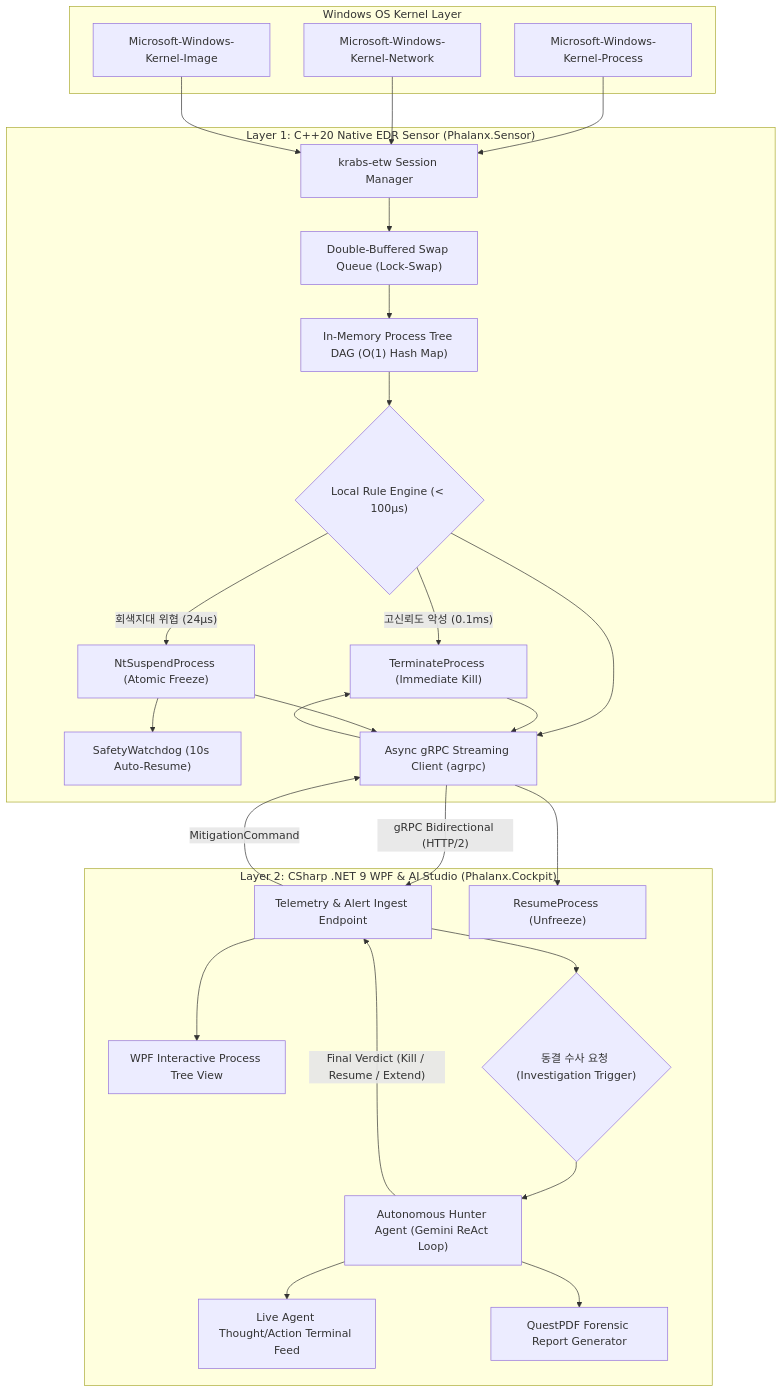
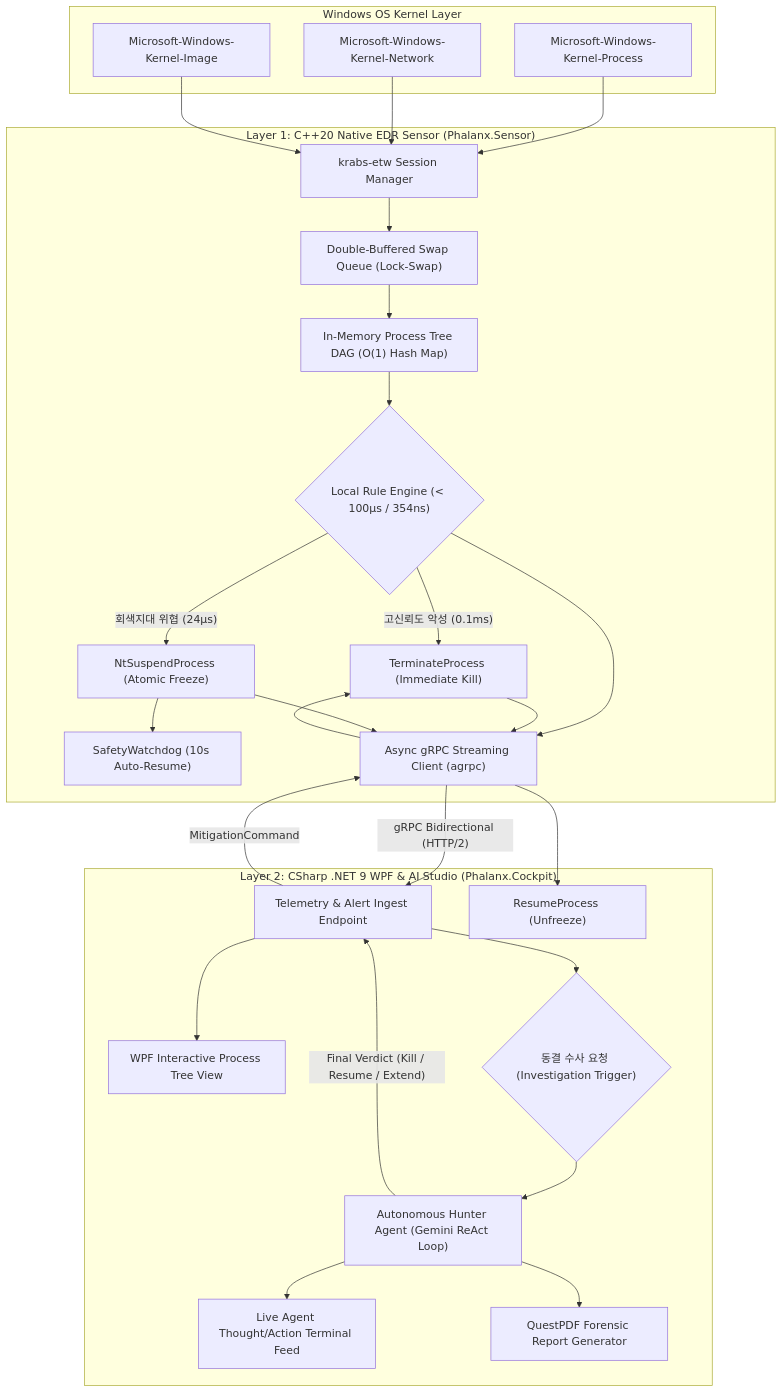
One commit to jin20203458/Obsidian.Agent changed the first of 3 diagrams in Phalanx/docs/01_system_architecture.md. Above: the diagram before and after it, drawn with Mermaid. The commit also changed other lines of this file and 3 other files, not shown here.

````diff
--- a/Phalanx/docs/01_system_architecture.md
+++ b/Phalanx/docs/01_system_architecture.md
@@ -19,42 +21,42 @@
 ```mermaid
 flowchart TD
     subgraph KERNEL ["Windows OS Kernel Layer"]
         ETW_Proc["Microsoft-Windows-Kernel-Process"]
         ETW_Net["Microsoft-Windows-Kernel-Network"]
         ETW_Img["Microsoft-Windows-Kernel-Image"]
     end
 
     subgraph CPP_ENGINE ["Layer 1: C++20 Native EDR Sensor (Phalanx.Sensor)"]
         ETW_Proc --> Krabs["krabs-etw Session Manager"]
         ETW_Net --> Krabs
         ETW_Img --> Krabs
         
         Krabs --> IngestQueue["Double-Buffered Swap Queue (Lock-Swap)"]
         IngestQueue --> ProcTree["In-Memory Process Tree DAG (O(1) Hash Map)"]
-        ProcTree --> LocalRules{"Local Rule Engine (< 100μs)"}
+        ProcTree --> LocalRules{"Local Rule Engine (< 100μs / 354ns)"}
         
         LocalRules -- "고신뢰도 악성 (0.1ms)" --> ActKill["TerminateProcess (Immediate Kill)"]
         LocalRules -- "회색지대 위협 (24μs)" --> ActFreeze["NtSuspendProcess (Atomic Freeze)"]
         ActFreeze --> Watchdog["SafetyWatchdog (10s Auto-Resume)"]
         
         LocalRules --> GrpcClient["Async gRPC Streaming Client (agrpc)"]
         ActKill --> GrpcClient
         ActFreeze --> GrpcClient
     end
 
     subgraph CS_COCKPIT ["Layer 2: CSharp .NET 9 WPF & AI Studio (Phalanx.Cockpit)"]
         GrpcClient -->|"gRPC Bidirectional (HTTP/2)"| GrpcServer["Telemetry & Alert Ingest Endpoint"]
         
         GrpcServer --> GraphView["WPF Interactive Process Tree View"]
         GrpcServer --> AgentTrigger{"동결 수사 요청 (Investigation Trigger)"}
         
         AgentTrigger --> AgentOrchestrator["Autonomous Hunter Agent (Gemini ReAct Loop)"]
         AgentOrchestrator --> LiveFeed["Live Agent Thought/Action Terminal Feed"]
         AgentOrchestrator --> ReportEngine["QuestPDF Forensic Report Generator"]
         
         AgentOrchestrator -->|"Final Verdict (Kill / Resume / Extend)"| GrpcServer
         GrpcServer -->|"MitigationCommand"| GrpcClient
         GrpcClient --> ActKill
         GrpcClient --> ActResume["ResumeProcess (Unfreeze)"]
     end
 ```
````
